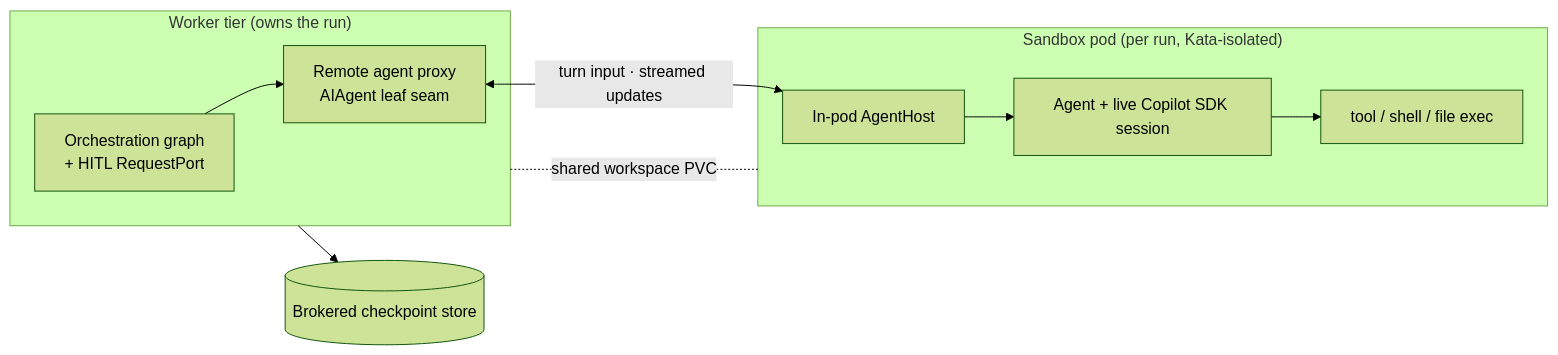
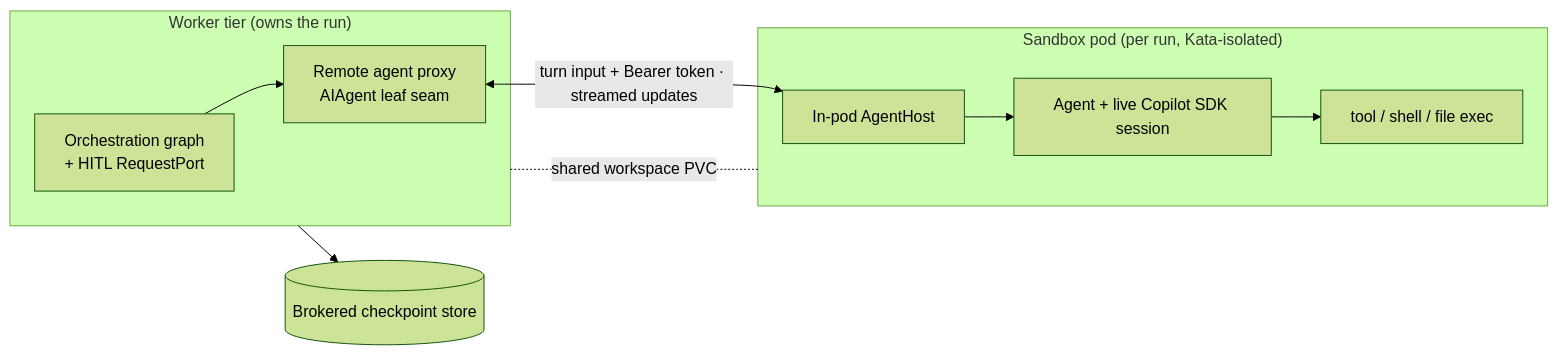
Before and after one commit to sabbour/agentweaver: the second of 6 diagrams in docs/deep-dive/sandbox-pod-execution.md, drawn with Mermaid (forest theme). The commit also changed other lines of this file and 40 other files, not shown here.

````diff
--- a/docs/deep-dive/sandbox-pod-execution.md
+++ b/docs/deep-dive/sandbox-pod-execution.md
@@ -61,17 +61,17 @@
 ```mermaid
 flowchart LR
     subgraph Worker["Worker tier (owns the run)"]
         Loop[Orchestration graph<br/>+ HITL RequestPort]
         Proxy[Remote agent proxy<br/>AIAgent leaf seam]
         Loop --> Proxy
     end
     subgraph Pod["Sandbox pod (per run, Kata-isolated)"]
         Host[In-pod AgentHost]
         SDK[Agent + live Copilot SDK session]
         Tools[tool / shell / file exec]
         Host --> SDK --> Tools
     end
-    Proxy <-->|turn input · streamed updates| Host
+    Proxy <-->|turn input + Bearer token · streamed updates| Host
     Worker --> DB[(Brokered checkpoint store)]
     Pod -. shared workspace PVC .- Worker
 ```
````
